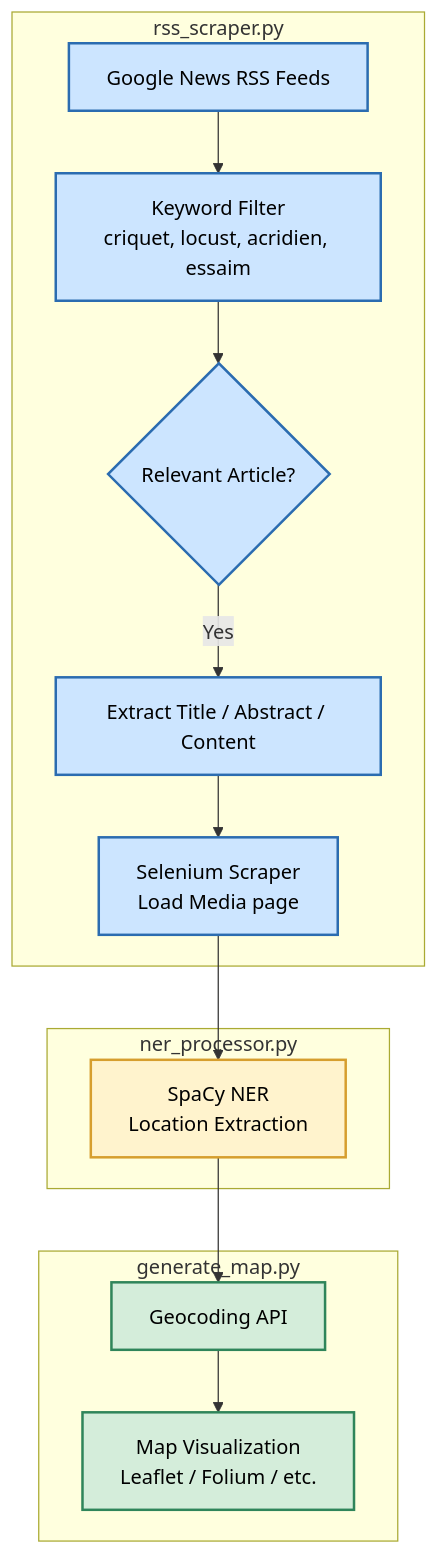
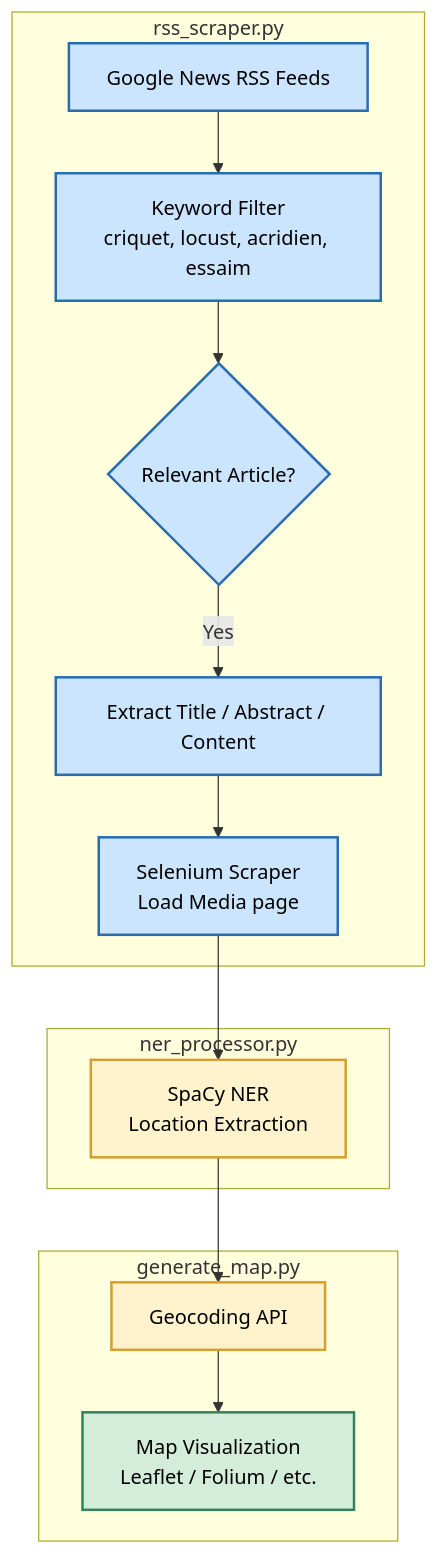
Before and after one commit to remydecoupes/locust-invasion-tracker: the diagram in README.md, drawn with Mermaid.

Commit message:
correct mermaid diagram

````diff
--- a/README.md
+++ b/README.md
@@ -16,29 +16,29 @@
 ```mermaid
 flowchart TD
 
     subgraph RSS[rss_scraper.py]
         A[Google News RSS Feeds] --> C[Keyword Filter<br/>criquet, locust, acridien, essaim]
         C --> D{Relevant Article?}
         D -- Yes --> E[Extract Title / Abstract / Content]
         E --> F[Selenium Scraper<br/>Load Media page]
     end
 
     subgraph NER[ner_processor.py]
         F --> G[SpaCy NER<br/>Location Extraction]
     end
 
     subgraph MAP[generate_map.py]
         G --> H[Geocoding API]
         H --> I[Map Visualization<br/>Leaflet / Folium / etc.]
     end
 
     %% Color coding by script
     classDef rss fill:#cce5ff,stroke:#2b6cb0,stroke-width:2px,color:#000;
     classDef ner fill:#fff3cd,stroke:#d69e2e,stroke-width:2px,color:#000;
     classDef map fill:#d4edda,stroke:#2f855a,stroke-width:2px,color:#000;
 
     %% Apply classes
     class A,C,D,E,F rss;
-    class G ner;
-    class H,I map;
+    class G,H ner;
+    class I map;
 ```
````
